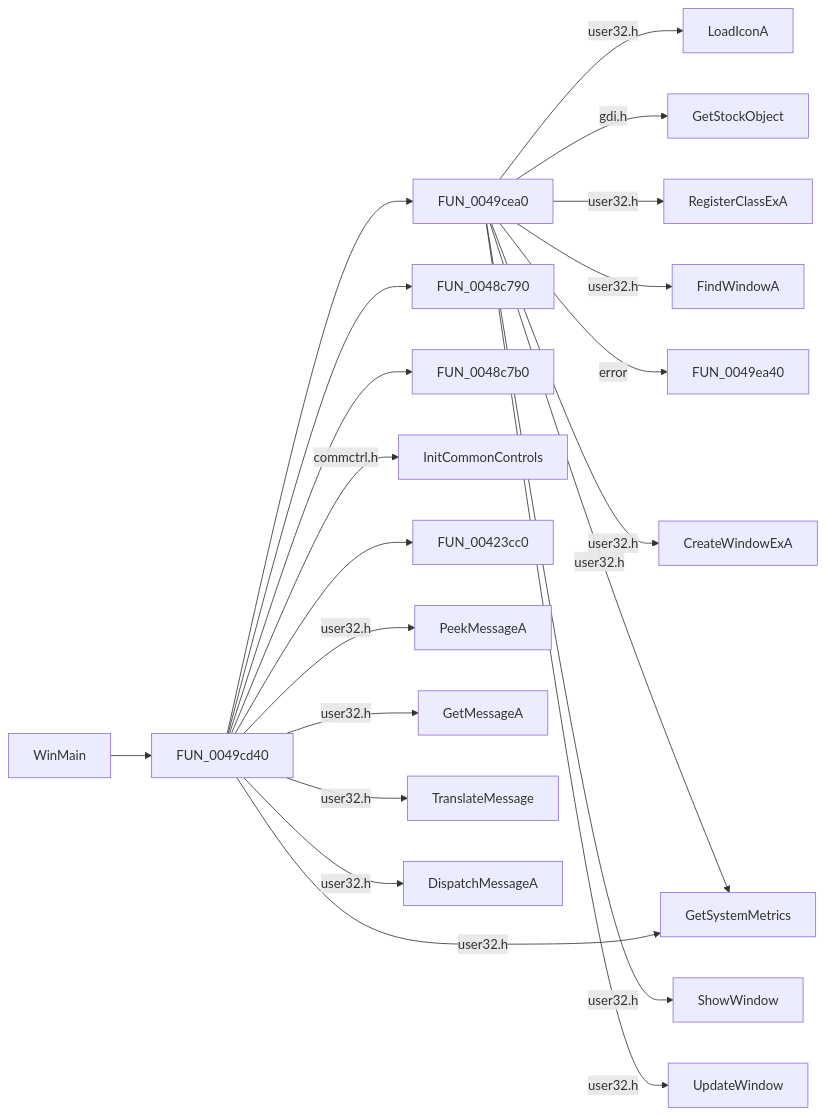
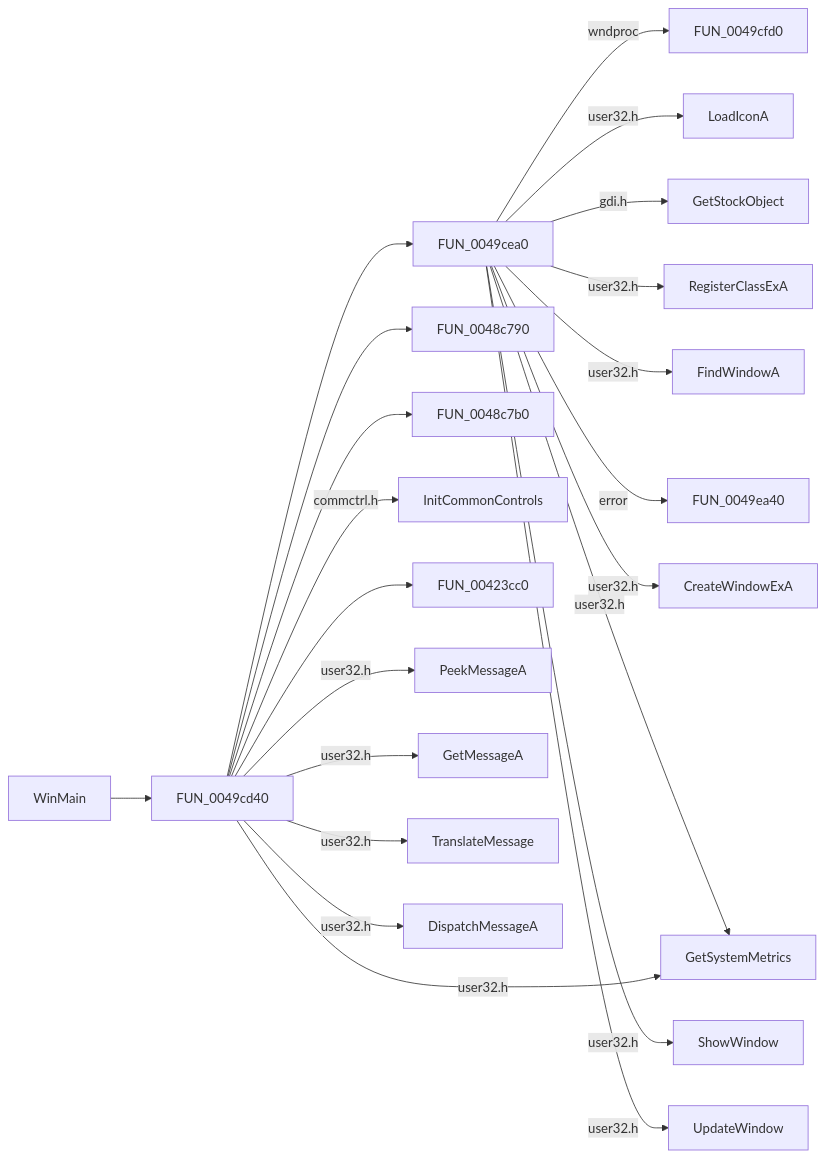
The diagram in docs/callstack.mmd (DeonPoncini/swep1r_decomp), drawn with Mermaid before and after one commit. The commit also changed 15 other files, not shown here.

```diff
--- a/docs/callstack.mmd
+++ b/docs/callstack.mmd
@@ -1,21 +1,22 @@
 flowchart LR
   WinMain --> FUN_0049cd40
   FUN_0049cd40 --> FUN_0049cea0
   FUN_0049cd40 --> FUN_0048c790
   FUN_0049cd40 --> FUN_0048c7b0
   FUN_0049cd40 -- commctrl.h --> InitCommonControls
   FUN_0049cd40 -- user32.h --> GetSystemMetrics
   FUN_0049cd40 --> FUN_00423cc0
   FUN_0049cd40 -- user32.h --> PeekMessageA
   FUN_0049cd40 -- user32.h --> GetMessageA
   FUN_0049cd40 -- user32.h --> TranslateMessage
   FUN_0049cd40 -- user32.h --> DispatchMessageA
+  FUN_0049cea0 -- wndproc --> FUN_0049cfd0
   FUN_0049cea0 -- user32.h --> LoadIconA
   FUN_0049cea0 -- gdi.h --> GetStockObject
   FUN_0049cea0 -- user32.h --> RegisterClassExA
   FUN_0049cea0 -- user32.h --> FindWindowA
   FUN_0049cea0 -- error --> FUN_0049ea40
   FUN_0049cea0 -- user32.h --> GetSystemMetrics
   FUN_0049cea0 -- user32.h --> CreateWindowExA
   FUN_0049cea0 -- user32.h --> ShowWindow
   FUN_0049cea0 -- user32.h --> UpdateWindow
```
